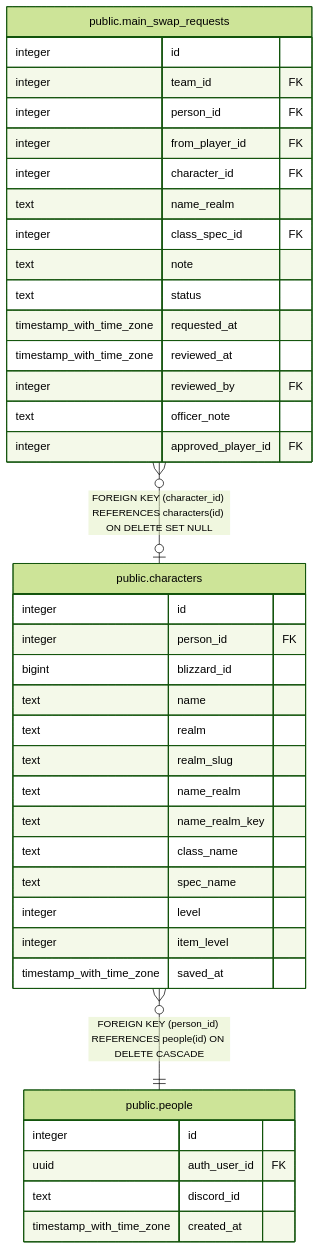
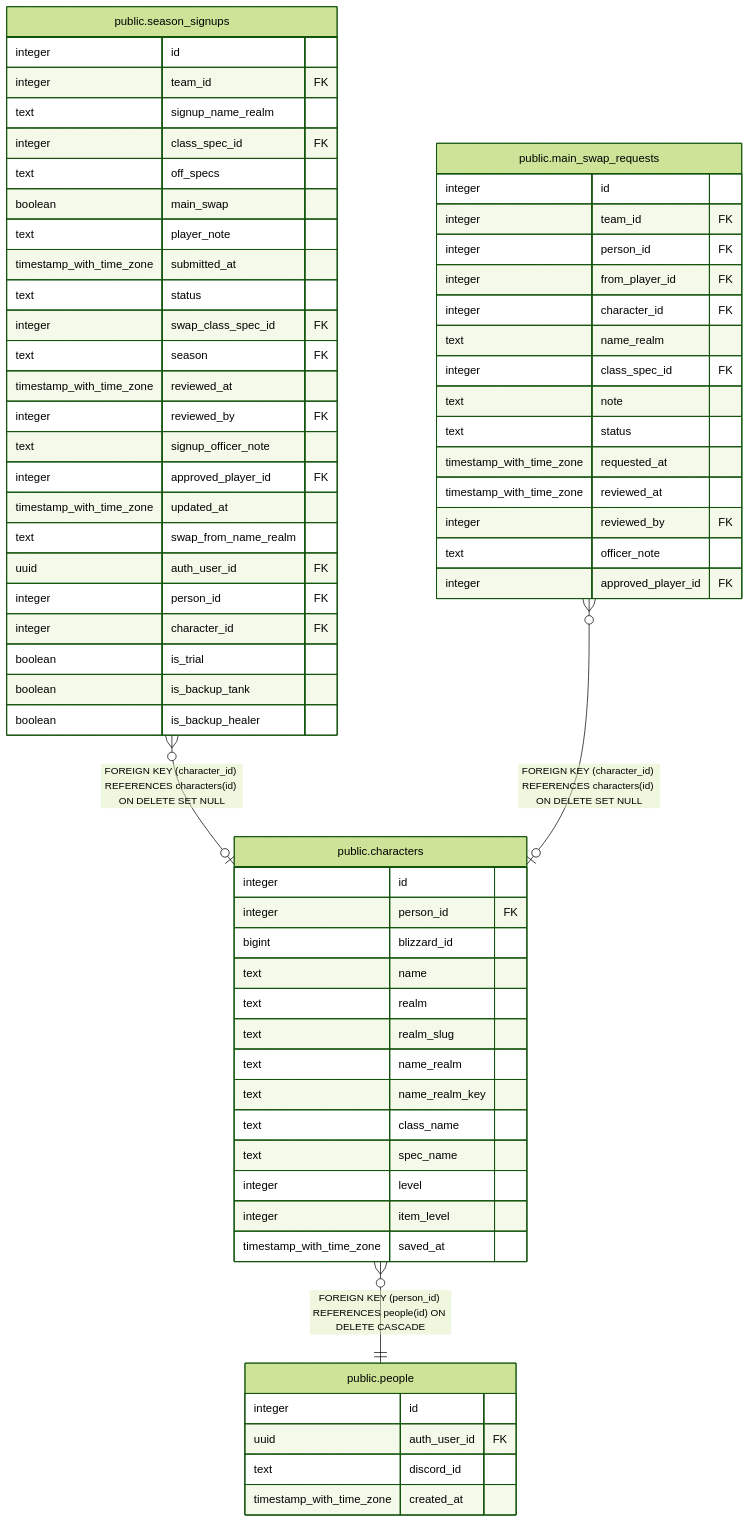
Before and after one commit to katogaming88/WGA-Raid-Hub: the diagram in dbdoc/public.characters.md, drawn with Mermaid (forest theme). The commit also changed other lines of this file and 29 other files, not shown here.

Commit message:
Season signups record the person and their saved character (#1465)

````diff
--- a/dbdoc/public.characters.md
+++ b/dbdoc/public.characters.md
@@ -43,44 +43,70 @@
 ```mermaid
 erDiagram
 
+"public.season_signups" }o--o| "public.characters" : "FOREIGN KEY (character_id) REFERENCES characters(id) ON DELETE SET NULL"
 "public.main_swap_requests" }o--o| "public.characters" : "FOREIGN KEY (character_id) REFERENCES characters(id) ON DELETE SET NULL"
 "public.characters" }o--|| "public.people" : "FOREIGN KEY (person_id) REFERENCES people(id) ON DELETE CASCADE"
 
 "public.characters" {
   integer id
   integer person_id FK
   bigint blizzard_id
   text name
   text realm
   text realm_slug
   text name_realm
   text name_realm_key
   text class_name
   text spec_name
   integer level
   integer item_level
   timestamp_with_time_zone saved_at
+}
+"public.season_signups" {
+  integer id
+  integer team_id FK
+  text signup_name_realm
+  integer class_spec_id FK
+  text off_specs
+  boolean main_swap
+  text player_note
+  timestamp_with_time_zone submitted_at
+  text status
+  integer swap_class_spec_id FK
+  text season FK
+  timestamp_with_time_zone reviewed_at
+  integer reviewed_by FK
+  text signup_officer_note
+  integer approved_player_id FK
+  timestamp_with_time_zone updated_at
+  text swap_from_name_realm
+  uuid auth_user_id FK
+  integer person_id FK
+  integer character_id FK
+  boolean is_trial
+  boolean is_backup_tank
+  boolean is_backup_healer
 }
 "public.main_swap_requests" {
   integer id
   integer team_id FK
   integer person_id FK
   integer from_player_id FK
   integer character_id FK
   text name_realm
   integer class_spec_id FK
   text note
   text status
   timestamp_with_time_zone requested_at
   timestamp_with_time_zone reviewed_at
   integer reviewed_by FK
   text officer_note
   integer approved_player_id FK
 }
 "public.people" {
   integer id
   uuid auth_user_id FK
   text discord_id
   timestamp_with_time_zone created_at
 }
 ```
````
